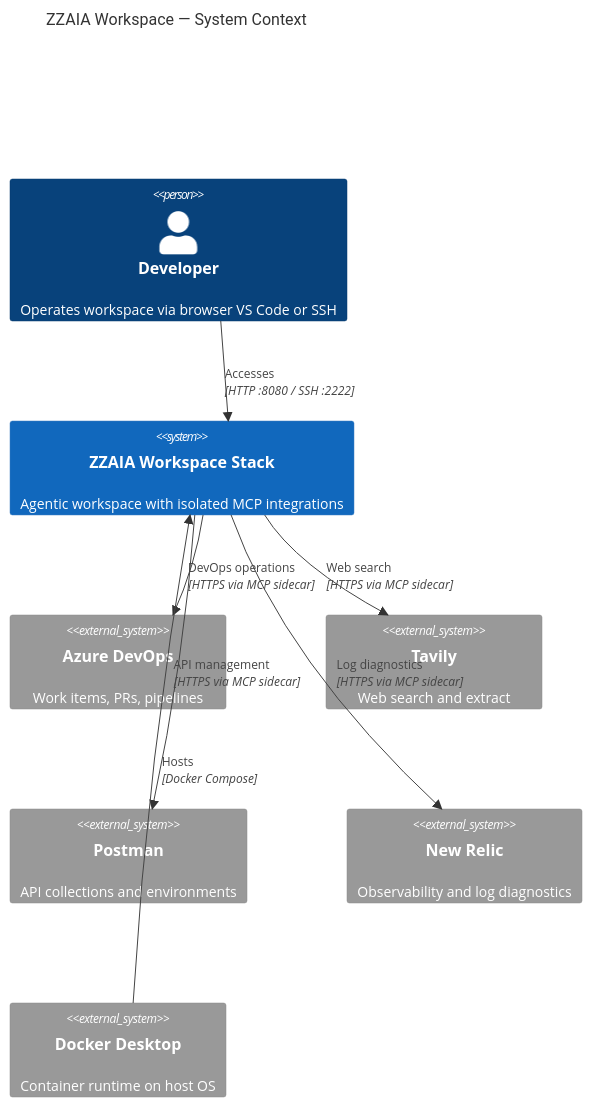
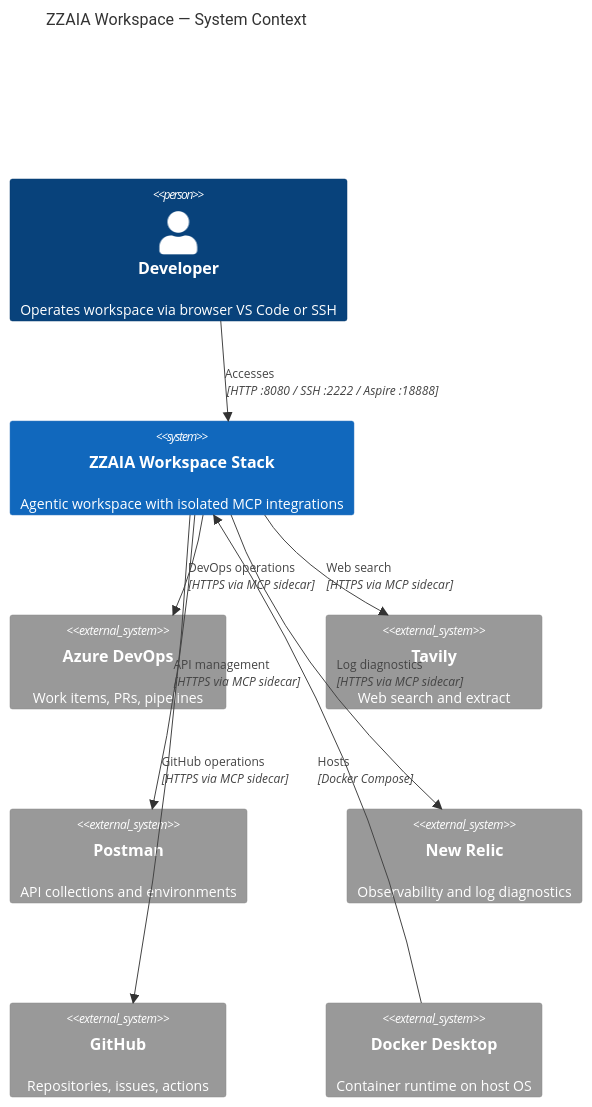
One commit to zzaia/zzaia-agentic-workspace changed the first of 2 diagrams in ARCHITECTURE.md. Above: the diagram before and after it, drawn with Mermaid. The commit also changed other lines of this file and 15 other files, not shown here.

Commit message:
Improving the multi agent architecture;

````diff
--- a/ARCHITECTURE.md
+++ b/ARCHITECTURE.md
@@ -218,21 +234,23 @@
 ```mermaid
 C4Context
     title ZZAIA Workspace — System Context
 
     Person(dev, "Developer", "Operates workspace via browser VS Code or SSH")
     System(workspace, "ZZAIA Workspace Stack", "Agentic workspace with isolated MCP integrations")
     System_Ext(ado, "Azure DevOps", "Work items, PRs, pipelines")
     System_Ext(tavily, "Tavily", "Web search and extract")
     System_Ext(postman, "Postman", "API collections and environments")
     System_Ext(newrelic, "New Relic", "Observability and log diagnostics")
+    System_Ext(github, "GitHub", "Repositories, issues, actions")
     System_Ext(docker, "Docker Desktop", "Container runtime on host OS")
 
-    Rel(dev, workspace, "Accesses", "HTTP :8080 / SSH :2222")
+    Rel(dev, workspace, "Accesses", "HTTP :8080 / SSH :2222 / Aspire :18888")
     Rel(workspace, ado, "DevOps operations", "HTTPS via MCP sidecar")
     Rel(workspace, tavily, "Web search", "HTTPS via MCP sidecar")
     Rel(workspace, postman, "API management", "HTTPS via MCP sidecar")
     Rel(workspace, newrelic, "Log diagnostics", "HTTPS via MCP sidecar")
+    Rel(workspace, github, "GitHub operations", "HTTPS via MCP sidecar")
     Rel(docker, workspace, "Hosts", "Docker Compose")
 
     UpdateLayoutConfig($c4ShapeInRow="3", $c4BoundaryInRow="1")
 ```
````
